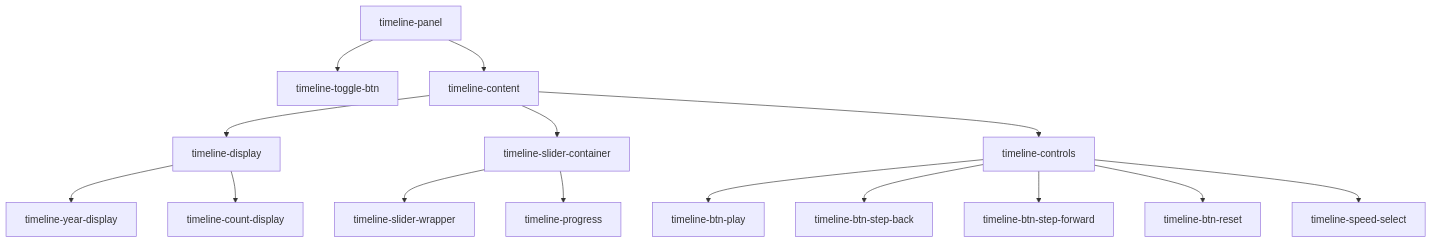
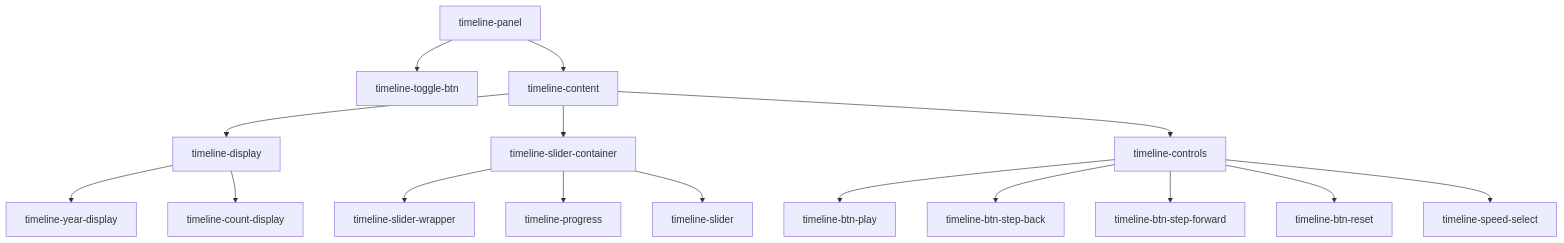
One commit to austinsonger/elect-socialists changed the first of 2 diagrams in .qoder/repowiki/en/content/Customization/Timeline Panel Styling.md. Above: the diagram before and after it, drawn with Mermaid. The commit also changed other lines of this file and 1 other file, not shown here.

First line of the commit message:
docs(timeline): enhance timeline panel styling and interaction documentation

````diff
--- a/.qoder/repowiki/en/content/Customization/Timeline Panel Styling.md
+++ b/.qoder/repowiki/en/content/Customization/Timeline Panel Styling.md
@@ -25,17 +34,18 @@
 ```mermaid
 flowchart TD
 A[timeline-panel] --> B[timeline-toggle-btn]
 A --> C[timeline-content]
 C --> D[timeline-display]
 C --> E[timeline-slider-container]
 C --> F[timeline-controls]
 D --> G[timeline-year-display]
 D --> H[timeline-count-display]
 E --> I[timeline-slider-wrapper]
 E --> J[timeline-progress]
-F --> K[timeline-btn-play]
-F --> L[timeline-btn-step-back]
-F --> M[timeline-btn-step-forward]
-F --> N[timeline-btn-reset]
-F --> O[timeline-speed-select]
+E --> K[timeline-slider]
+F --> L[timeline-btn-play]
+F --> M[timeline-btn-step-back]
+F --> N[timeline-btn-step-forward]
+F --> O[timeline-btn-reset]
+F --> P[timeline-speed-select]
 ```
````
